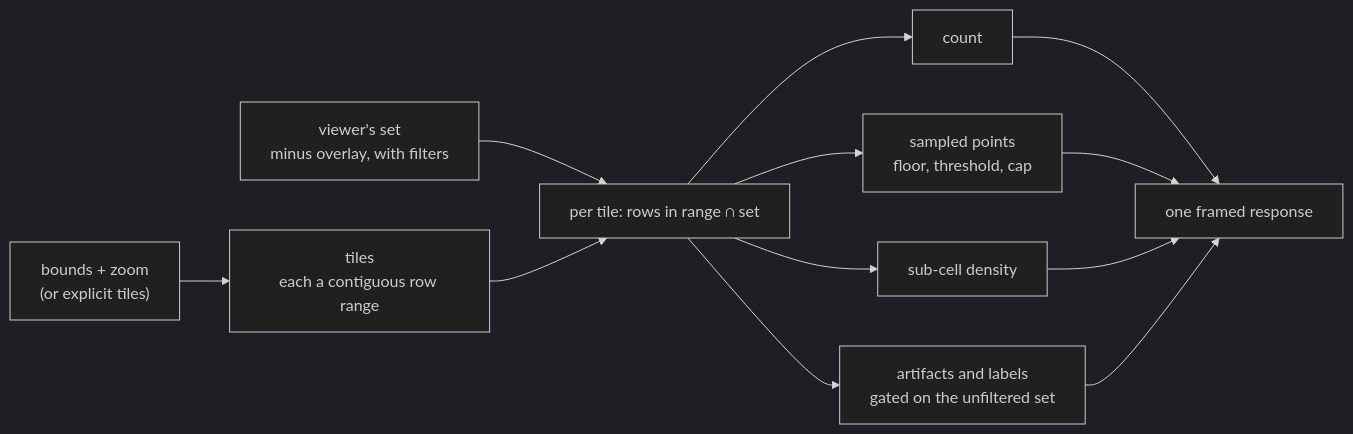
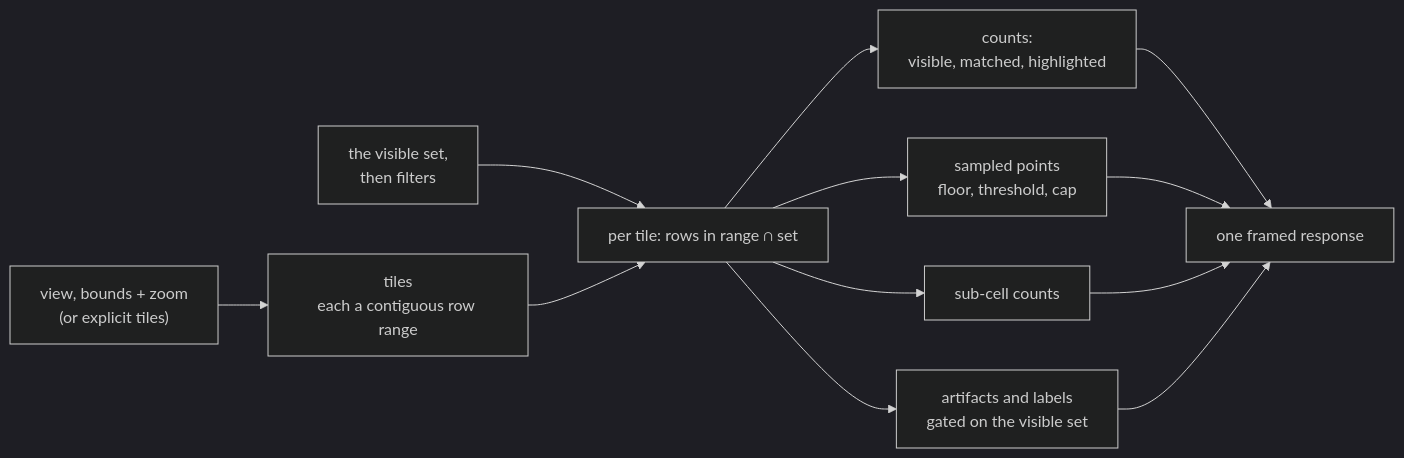
Before and after one commit to jennis0/tesseradb: the first of 3 diagrams in docs/system/queries.md, drawn with Mermaid (dark theme). The commit also changed other lines of this file, not shown here.

````diff
--- a/docs/system/queries.md
+++ b/docs/system/queries.md
@@ -21,14 +28,14 @@
 ```mermaid
 flowchart LR
-  req["bounds + zoom<br/>(or explicit tiles)"] --> tiles["tiles<br/>each a contiguous row range"]
-  set["viewer's set<br/>minus overlay, with filters"] --> per
+  req["view, bounds + zoom<br/>(or explicit tiles)"] --> tiles["tiles<br/>each a contiguous row range"]
+  set["the visible set,<br/>then filters"] --> per
   tiles --> per["per tile: rows in range ∩ set"]
-  per --> count["count"]
+  per --> count["counts:<br/>visible, matched, highlighted"]
   per --> sample["sampled points<br/>floor, threshold, cap"]
-  per --> cells["sub-cell density"]
-  per --> arts["artifacts and labels<br/>gated on the unfiltered set"]
+  per --> cells["sub-cell counts"]
+  per --> arts["artifacts and labels<br/>gated on the visible set"]
   count --> resp["one framed response"]
   sample --> resp
   cells --> resp
   arts --> resp
 ```
````
